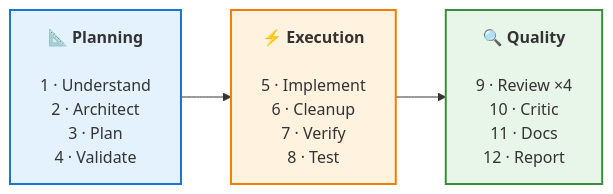
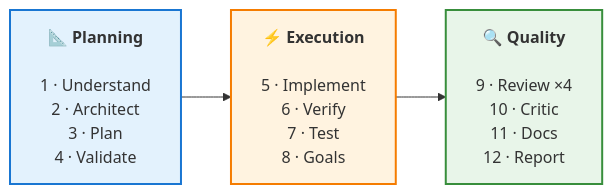
One commit to RaNDoM6913/claude-code-superkit changed the diagram in README.md. Above: the diagram before and after it, drawn with Mermaid. The commit also changed other lines of this file and 12 other files, not shown here.

````diff
--- a/README.md
+++ b/README.md
@@ -88,12 +88,12 @@
 ```mermaid
 graph LR
     P -->|" "| E -->|" "| Q
 
     P["📐 <b>Planning</b><br/><br/>1 · Understand<br/>2 · Architect<br/>3 · Plan<br/>4 · Validate"]
-    E["⚡ <b>Execution</b><br/><br/>5 · Implement<br/>6 · Cleanup<br/>7 · Verify<br/>8 · Test"]
+    E["⚡ <b>Execution</b><br/><br/>5 · Implement<br/>6 · Verify<br/>7 · Test<br/>8 · Goals"]
     Q["🔍 <b>Quality</b><br/><br/>9 · Review ×4<br/>10 · Critic<br/>11 · Docs<br/>12 · Report"]
 
     style P fill:#e3f2fd,stroke:#1976D2,stroke-width:2px,color:#333
     style E fill:#fff3e0,stroke:#F57C00,stroke-width:2px,color:#333
     style Q fill:#e8f5e9,stroke:#388E3C,stroke-width:2px,color:#333
 ```
````
